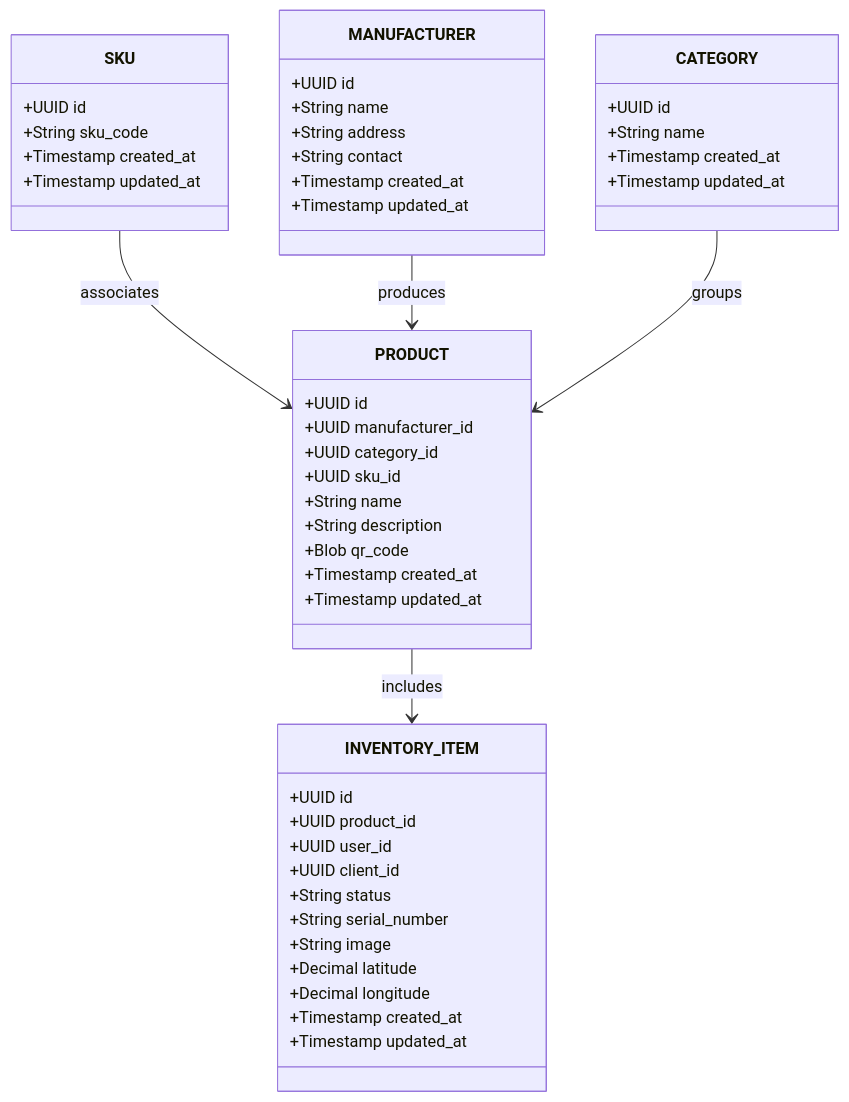
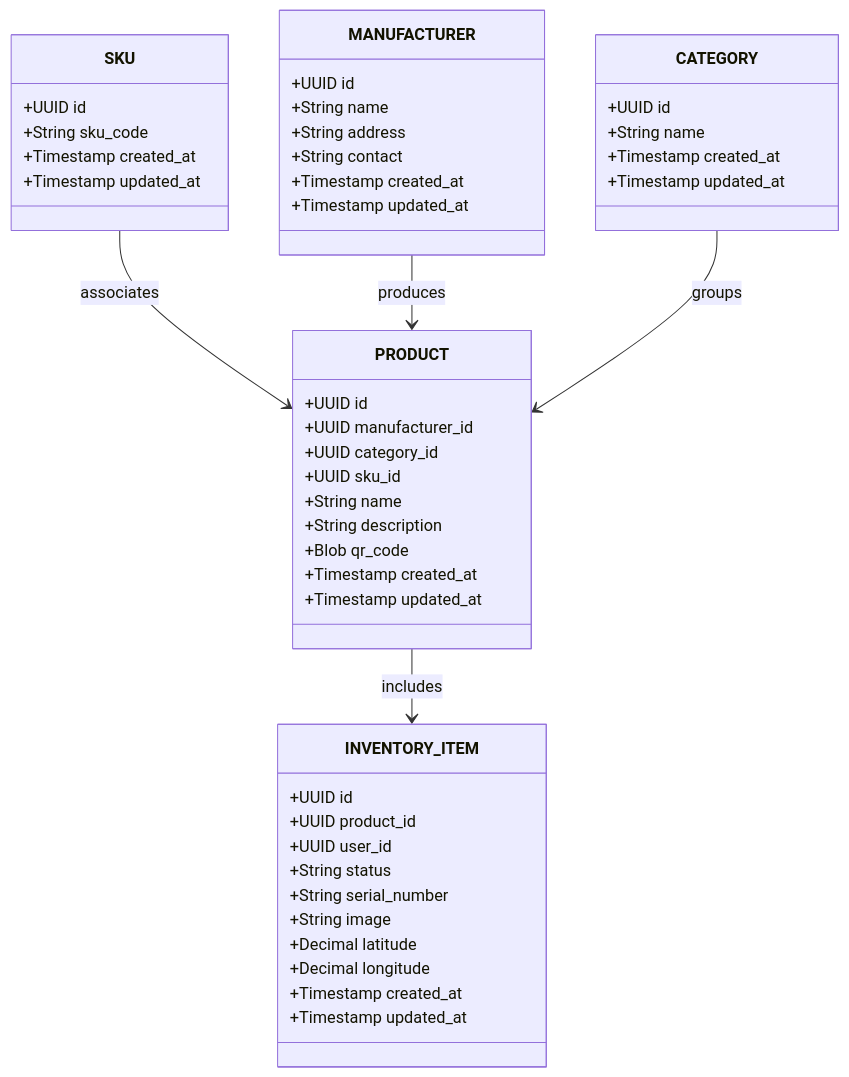
Before and after one commit to cincinnatiai/products_service: the diagram in README.md, drawn with Mermaid. The commit also changed other lines of this file and 19 other files, not shown here.

````diff
--- a/README.md
+++ b/README.md
@@ -98,51 +99,50 @@
  ```mermaid
  classDiagram
     class MANUFACTURER {
         +UUID id
         +String name
         +String address
         +String contact
         +Timestamp created_at
         +Timestamp updated_at
     }
     class CATEGORY {
         +UUID id
         +String name
         +Timestamp created_at
         +Timestamp updated_at
     }
     class SKU {
         +UUID id
         +String sku_code
         +Timestamp created_at
         +Timestamp updated_at
     }
     class PRODUCT {
         +UUID id
         +UUID manufacturer_id
         +UUID category_id
         +UUID sku_id
         +String name
         +String description
         +Blob qr_code
         +Timestamp created_at
         +Timestamp updated_at
     }
     class INVENTORY_ITEM {
         +UUID id
         +UUID product_id
         +UUID user_id
-        +UUID client_id
         +String status
         +String serial_number
         +String image
         +Decimal latitude
         +Decimal longitude
         +Timestamp created_at
         +Timestamp updated_at
     }
     SKU --> PRODUCT : associates
     MANUFACTURER --> PRODUCT : produces
     CATEGORY --> PRODUCT : groups
     PRODUCT --> INVENTORY_ITEM : includes
  ```
````
